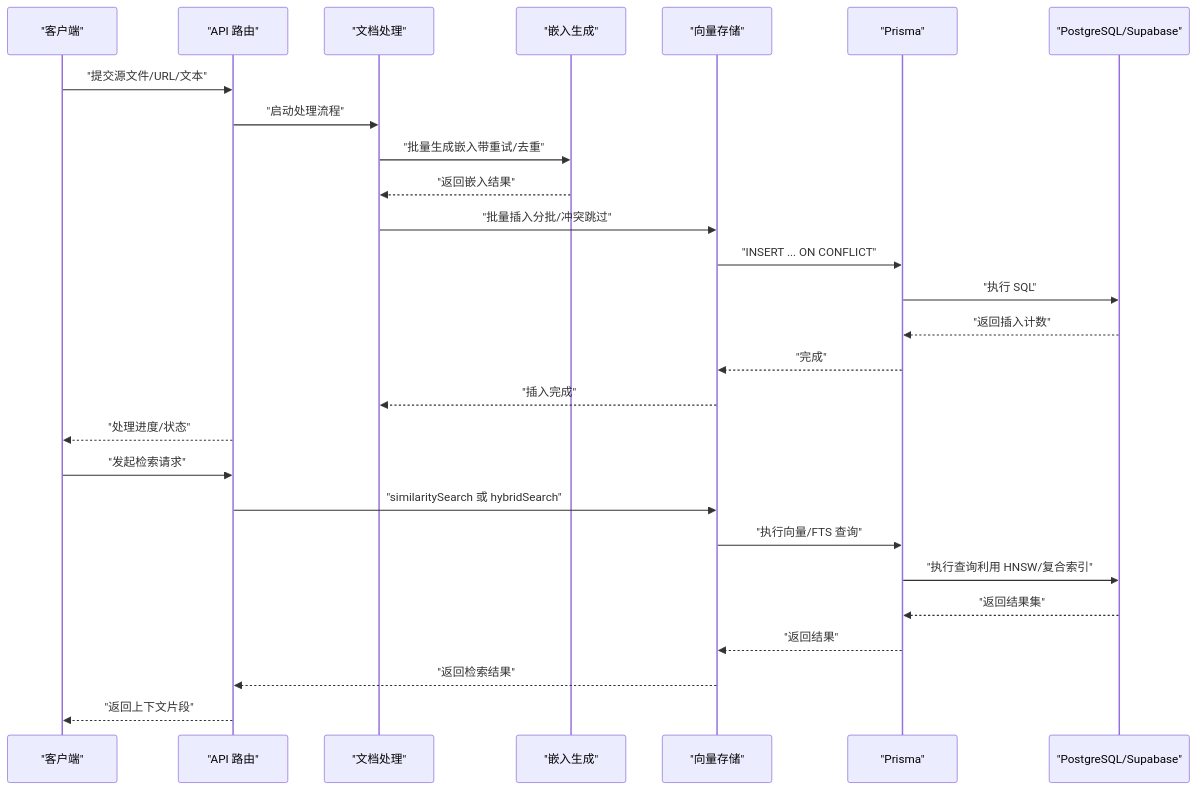
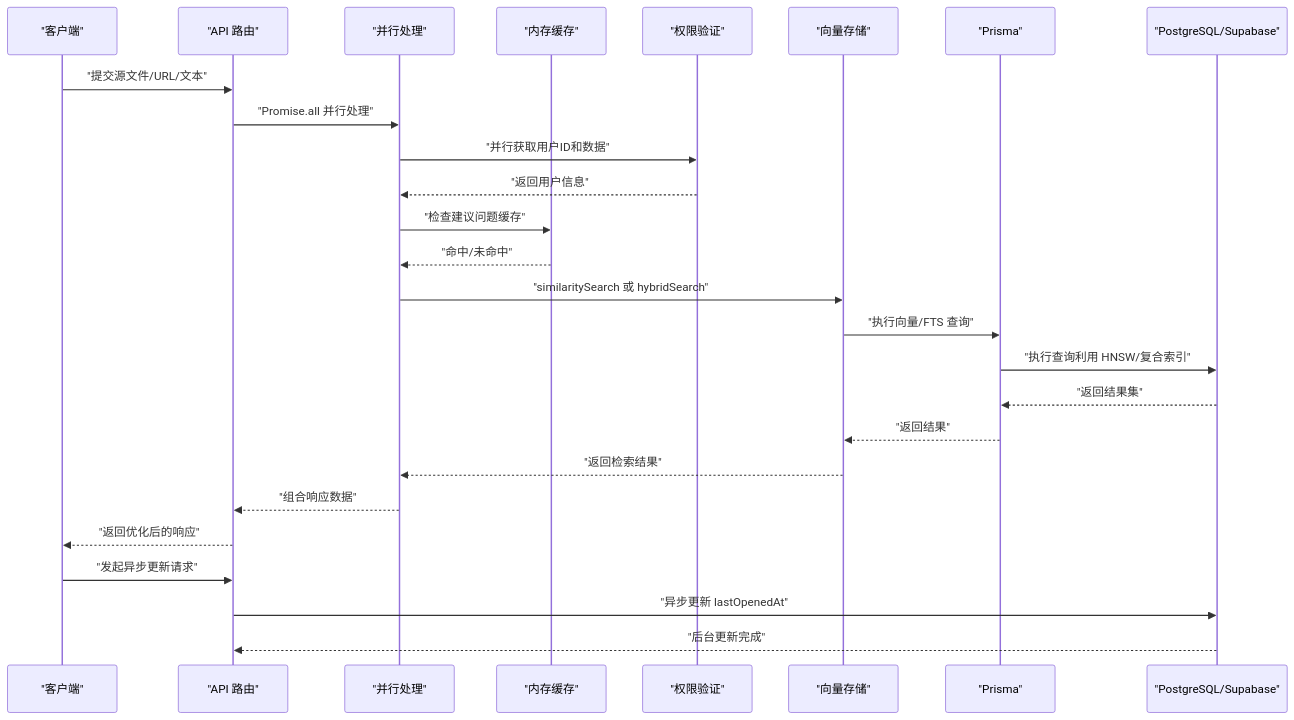
The second of 8 diagrams in .qoder/repowiki/zh/content/向量存储系统/性能优化方案.md (lbl-bm/notebookLM-clone), drawn with Mermaid before and after one commit. The commit also changed other lines of this file and 3 other files, not shown here.

````diff
--- a/.qoder/repowiki/zh/content/向量存储系统/性能优化方案.md
+++ b/.qoder/repowiki/zh/content/向量存储系统/性能优化方案.md
@@ -108,29 +140,28 @@
 ```mermaid
 sequenceDiagram
 participant Client as "客户端"
 participant API as "API 路由"
-participant Proc as "文档处理"
-participant Embed as "嵌入生成"
+participant Parallel as "并行处理"
+participant Cache as "内存缓存"
+participant Auth as "权限验证"
 participant VS as "向量存储"
 participant PRISMA as "Prisma"
 participant DB as "PostgreSQL/Supabase"
 Client->>API : "提交源文件/URL/文本"
-API->>Proc : "启动处理流程"
-Proc->>Embed : "批量生成嵌入带重试/去重"
-Embed-->>Proc : "返回嵌入结果"
-Proc->>VS : "批量插入分批/冲突跳过"
-VS->>PRISMA : "INSERT ... ON CONFLICT"
-PRISMA->>DB : "执行 SQL"
-DB-->>PRISMA : "返回插入计数"
-PRISMA-->>VS : "完成"
-VS-->>Proc : "插入完成"
-API-->>Client : "处理进度/状态"
-Client->>API : "发起检索请求"
-API->>VS : "similaritySearch 或 hybridSearch"
+API->>Parallel : "Promise.all 并行处理"
+Parallel->>Auth : "并行获取用户ID和数据"
+Auth-->>Parallel : "返回用户信息"
+Parallel->>Cache : "检查建议问题缓存"
+Cache-->>Parallel : "命中/未命中"
+Parallel->>VS : "similaritySearch 或 hybridSearch"
 VS->>PRISMA : "执行向量/FTS 查询"
 PRISMA->>DB : "执行查询利用 HNSW/复合索引"
 DB-->>PRISMA : "返回结果集"
 PRISMA-->>VS : "返回结果"
-VS-->>API : "返回检索结果"
-API-->>Client : "返回上下文片段"
+VS-->>Parallel : "返回检索结果"
+Parallel-->>API : "组合响应数据"
+API-->>Client : "返回优化后的响应"
+Client->>API : "发起异步更新请求"
+API->>DB : "异步更新 lastOpenedAt"
+DB-->>API : "后台更新完成"
 ```
````
